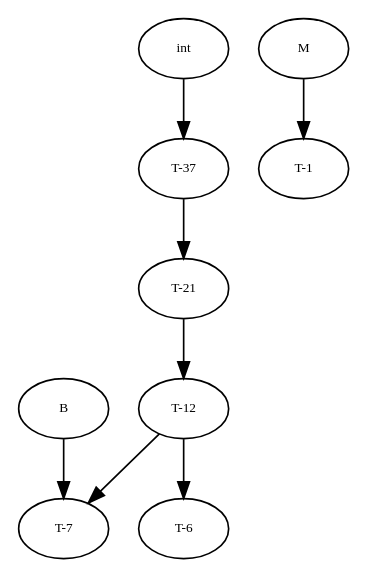
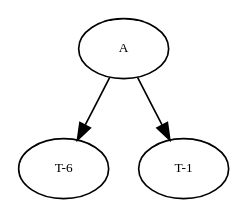
One commit to amso100/livescript-declarations changed the diagram in graphs/dg.dot. Above: the diagram before and after it, drawn with Graphviz. The commit also changed 11 other files, not shown here.

```diff
--- a/graphs/dg.dot
+++ b/graphs/dg.dot
@@ -1,74 +1,24 @@
 digraph RGL__DirectedAdjacencyGraph {
-    int [
+    A [
         fontsize = 8,
-        label = int
-    ]
-
-    "T-37" [
-        fontsize = 8,
-        label = "T-37"
-    ]
-
-    "T-21" [
-        fontsize = 8,
-        label = "T-21"
-    ]
-
-    "T-12" [
-        fontsize = 8,
-        label = "T-12"
-    ]
-
-    "T-7" [
-        fontsize = 8,
-        label = "T-7"
+        label = A
     ]
 
     "T-6" [
         fontsize = 8,
         label = "T-6"
     ]
 
-    B [
-        fontsize = 8,
-        label = B
-    ]
-
-    M [
-        fontsize = 8,
-        label = M
-    ]
-
     "T-1" [
         fontsize = 8,
         label = "T-1"
     ]
 
-    int -> "T-37" [
+    A -> "T-6" [
         fontsize = 8
     ]
 
-    "T-37" -> "T-21" [
-        fontsize = 8
-    ]
-
-    "T-21" -> "T-12" [
-        fontsize = 8
-    ]
-
-    "T-12" -> "T-7" [
-        fontsize = 8
-    ]
-
-    "T-12" -> "T-6" [
-        fontsize = 8
-    ]
-
-    B -> "T-7" [
-        fontsize = 8
-    ]
-
-    M -> "T-1" [
+    A -> "T-1" [
         fontsize = 8
     ]
 }
```
